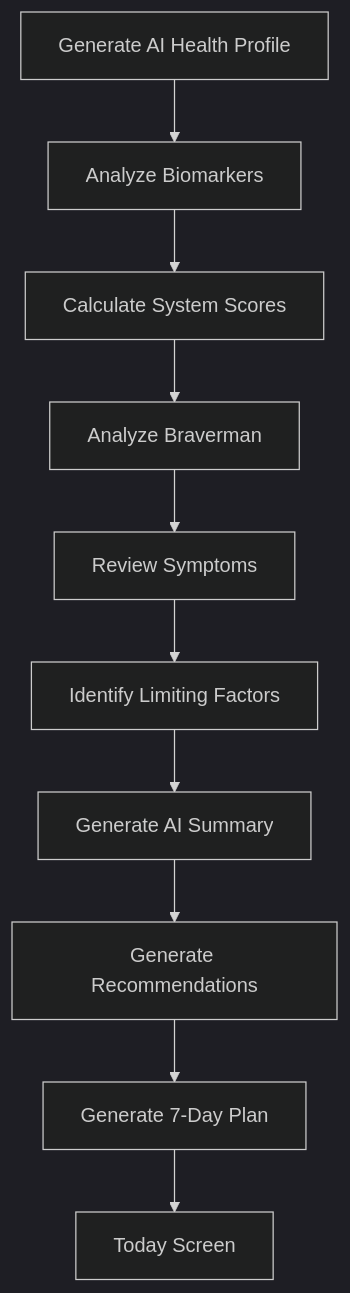
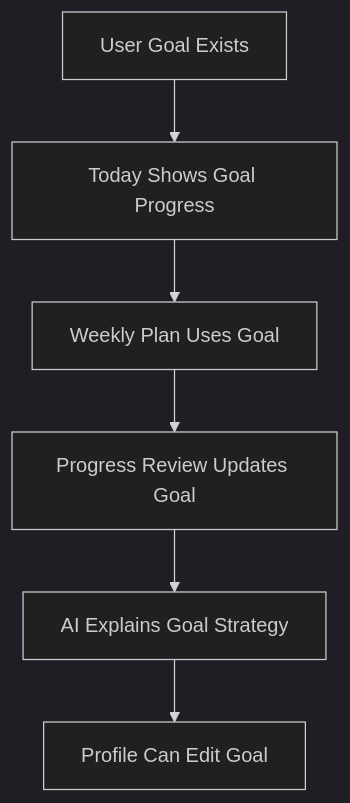
Before and after one commit to Yaroslavkukin/HealthCoach: diagram 12 of 20 in docs/USER_FLOW.md, drawn with Mermaid (dark theme). The commit also changed other lines of this file and 20 other files, not shown here.

````diff
--- a/docs/USER_FLOW.md
+++ b/docs/USER_FLOW.md
@@ -723,12 +402,8 @@
 ```mermaid
 flowchart TD
-    A[Generate AI Health Profile] --> B[Analyze Biomarkers]
-    B --> C[Calculate System Scores]
-    C --> D[Analyze Braverman]
-    D --> E[Review Symptoms]
-    E --> F[Identify Limiting Factors]
-    F --> G[Generate AI Summary]
-    G --> H[Generate Recommendations]
-    H --> I[Generate 7-Day Plan]
-    I --> J[Today Screen]
+    A[User Goal Exists] --> B[Today Shows Goal Progress]
+    B --> C[Weekly Plan Uses Goal]
+    C --> D[Progress Review Updates Goal]
+    D --> E[AI Explains Goal Strategy]
+    E --> F[Profile Can Edit Goal]
 ```
````
